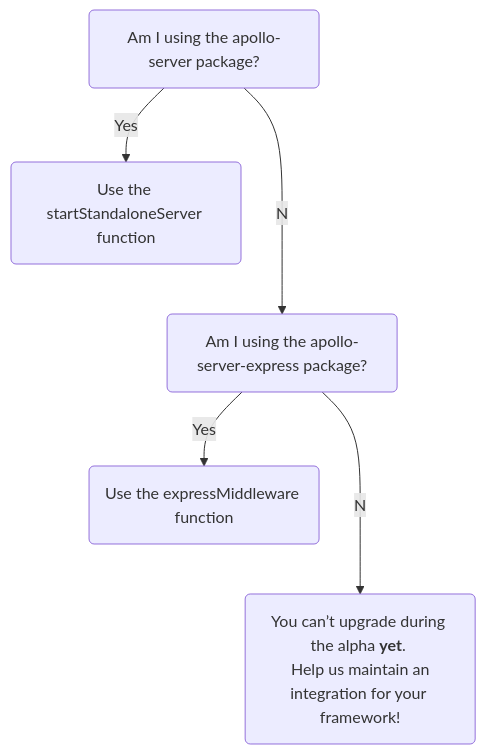
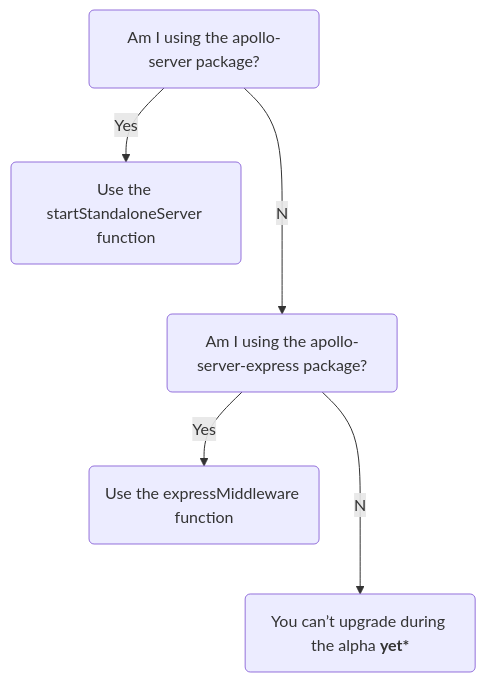
Before and after one commit to dhritzkiv/apollo-server: the diagram in docs/source/migration.mdx, drawn with Mermaid. The commit also changed other lines of this file, not shown here.

````diff
--- a/docs/source/migration.mdx
+++ b/docs/source/migration.mdx
@@ -20,9 +43,9 @@
 ```mermaid
 graph TB;
   server("Am I using the apollo-server package?");
   server--No-->express("Am I using the apollo-server-express package?");
   server--Yes-->useStandAlone("Use the startStandaloneServer function");
-  express--No-->buildIntegration("You can’t upgrade during the alpha <b>yet</b>. <br/> Help us maintain an integration for your framework!");
+  express--No-->buildIntegration("You can’t upgrade during the alpha <b>yet*</b>");
   express--Yes-->useExpressMiddleware("Use the expressMiddleware function");
   class useStandAlone,useExpressMiddleware secondary;
 ```
````
